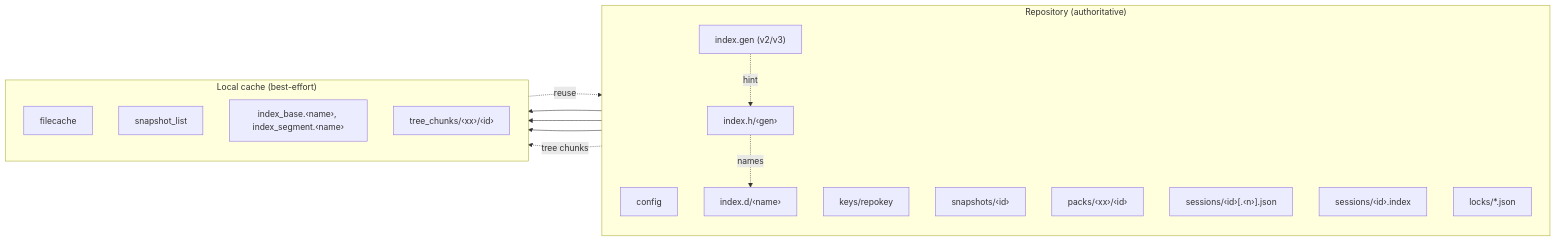
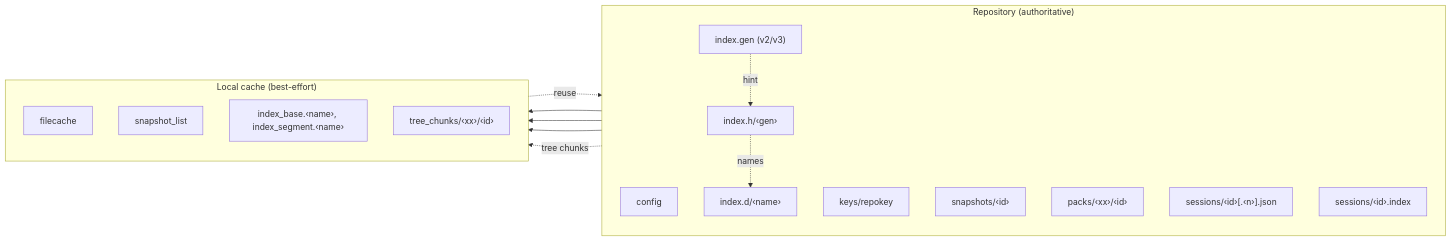
One commit to borgbase/vykar changed the first of 7 diagrams in docs/src/content/docs/architecture.md. Above: the diagram before and after it, drawn with Mermaid. The commit also changed other lines of this file and 14 other files, not shown here.

````diff
--- a/docs/src/content/docs/architecture.md
+++ b/docs/src/content/docs/architecture.md
@@ -299,32 +280,31 @@
 ```mermaid
 flowchart LR
     subgraph Repo["Repository (authoritative)"]
         direction TB
         config["config"]
         repokey["keys/repokey"]
         index["index.h/‹gen›"]
         indexd["index.d/‹name›"]
         indexgen["index.gen (v2/v3)"]
         snapshots["snapshots/‹id›"]
         packs["packs/‹xx›/‹id›"]
         sessions["sessions/‹id›[.‹n›].json"]
         journal["sessions/‹id›.index"]
-        locks["locks/*.json"]
     end
 
     subgraph Cache["Local cache (best-effort)"]
         direction TB
         filecache["filecache"]
         snapshotlist["snapshot_list"]
         chunktable["index_base.‹name›, index_segment.‹name›"]
         treechunks["tree_chunks/‹xx›/‹id›"]
     end
 
     index --> chunktable
     snapshots --> snapshotlist
     filecache -. reuse .-> index
     indexgen -. hint .-> index
     index -. names .-> indexd
     indexd --> chunktable
     packs -. tree chunks .-> treechunks
 ```
````
